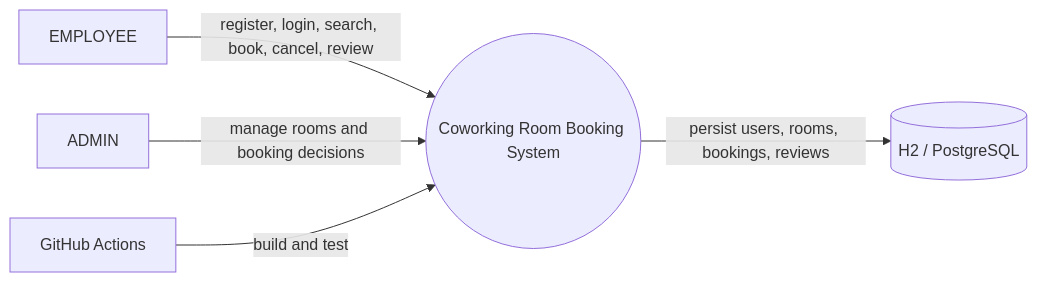
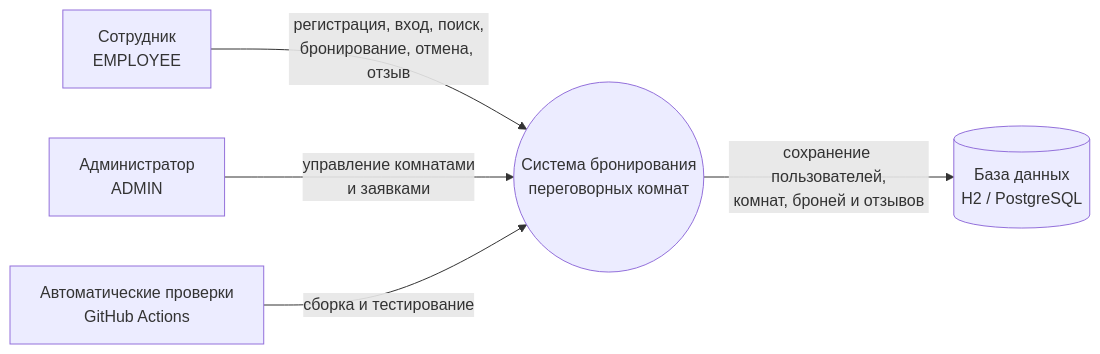
One commit to HellsTomato/coworking-room-booking changed the diagram in docs/diagrams/context-diagram.mmd. Above: the diagram before and after it, drawn with Mermaid. The commit also changed 5 other files, not shown here.

Commit message:
docs: translate diagrams to Russian

```diff
--- a/docs/diagrams/context-diagram.mmd
+++ b/docs/diagrams/context-diagram.mmd
@@ -1,11 +1,11 @@
 flowchart LR
-    employee[EMPLOYEE]
-    admin[ADMIN]
-    app((Coworking Room Booking System))
-    db[(H2 / PostgreSQL)]
-    ci[GitHub Actions]
+    employee[Сотрудник<br/>EMPLOYEE]
+    admin[Администратор<br/>ADMIN]
+    app((Система бронирования<br/>переговорных комнат))
+    db[(База данных<br/>H2 / PostgreSQL)]
+    ci[Автоматические проверки<br/>GitHub Actions]
 
-    employee -->|register, login, search, book, cancel, review| app
-    admin -->|manage rooms and booking decisions| app
-    app -->|persist users, rooms, bookings, reviews| db
-    ci -->|build and test| app
+    employee -->|регистрация, вход, поиск,<br/>бронирование, отмена, отзыв| app
+    admin -->|управление комнатами<br/>и заявками| app
+    app -->|сохранение пользователей,<br/>комнат, броней и отзывов| db
+    ci -->|сборка и тестирование| app
```
